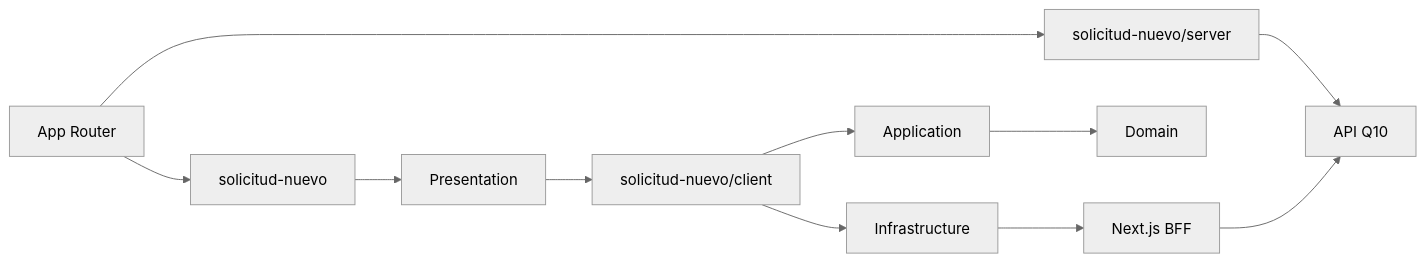
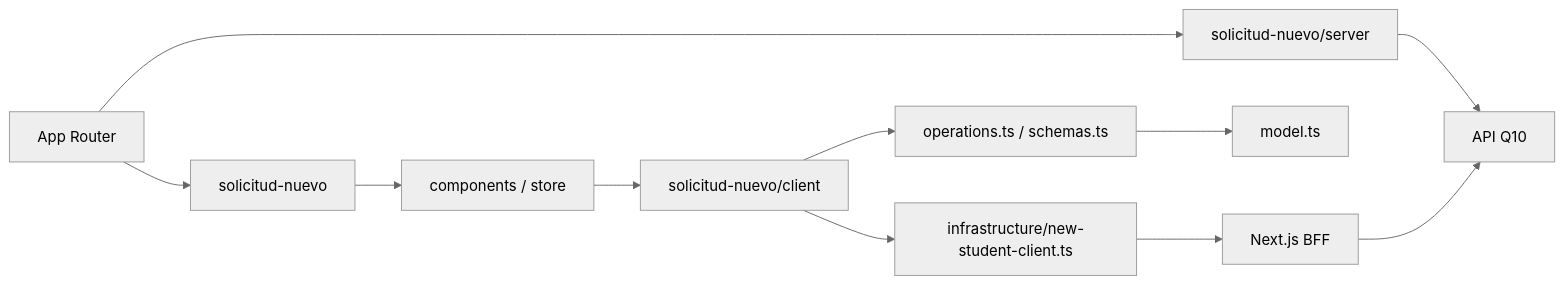
The diagram in docs/architecture/adr/024-modular-new-student-request.md (luismiguelgs/ciunac-sol-1.3), drawn with Mermaid (neutral theme) before and after one commit. The commit also changed other lines of this file and 431 other files, not shown here.

````diff
--- a/docs/architecture/adr/024-modular-new-student-request.md
+++ b/docs/architecture/adr/024-modular-new-student-request.md
@@ -27,13 +33,13 @@
 ```mermaid
 flowchart LR
     Route["App Router"] --> Public["solicitud-nuevo"]
     Route --> Server["solicitud-nuevo/server"]
-    Public --> UI["Presentation"]
+    Public --> UI["components / store"]
     UI --> Client["solicitud-nuevo/client"]
-    Client --> UseCase["Application"]
-    UseCase --> Domain["Domain"]
-    Client --> Gateway["Infrastructure"]
+    Client --> UseCase["operations.ts / schemas.ts"]
+    UseCase --> Domain["model.ts"]
+    Client --> Gateway["infrastructure/new-student-client.ts"]
     Server --> Q10["API Q10"]
     Gateway --> BFF["Next.js BFF"]
     BFF --> Q10
 ```
````
